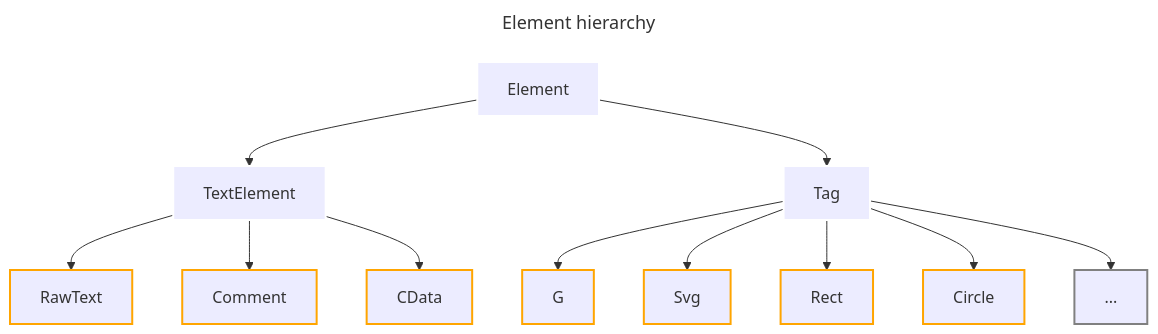
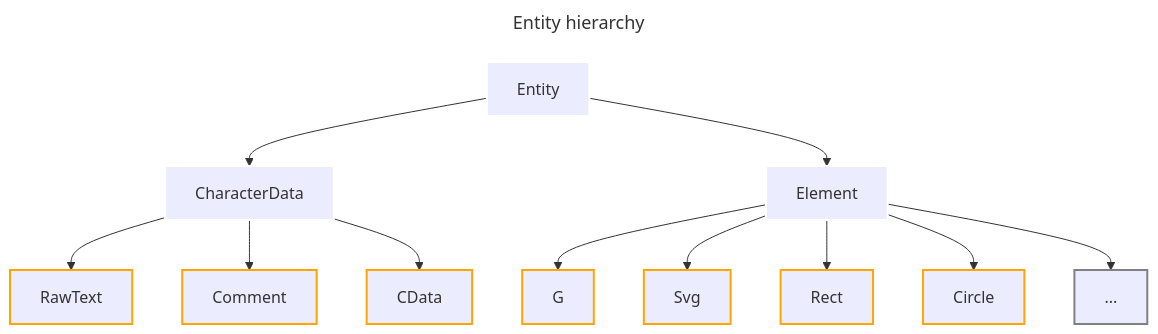
Before and after one commit to reznakt/svglab: the diagram in README.md, drawn with Mermaid. The commit also changed other lines of this file and 15 other files, not shown here.

````diff
--- a/README.md
+++ b/README.md
@@ -73,25 +73,25 @@
 ```mermaid
 ---
-title: Element hierarchy
+title: Entity hierarchy
 ---
 
 graph TD
-  Element:::abc --> TextElement
-  Element --> Tag
+  Entity:::abc --> CharacterData
+  Entity --> Element
 
-  Tag:::abc --> G
-  Tag --> Svg
-  Tag --> Rect
-  Tag --> Circle
-  Tag --> etc1[...]
+  Element:::abc --> G
+  Element --> Svg
+  Element --> Rect
+  Element --> Circle
+  Element --> etc1[...]
 
-  TextElement:::abc --> RawText
-  TextElement --> Comment
-  TextElement --> CData
+  CharacterData:::abc --> RawText
+  CharacterData --> Comment
+  CharacterData --> CData
 
   etc1:::etc
 
   classDef abc stroke:white,stroke-width:2px;
   classDef etc stroke:gray,stroke-width:2px;
   classDef default stroke:orange,stroke-width:2px;
 ```
````
